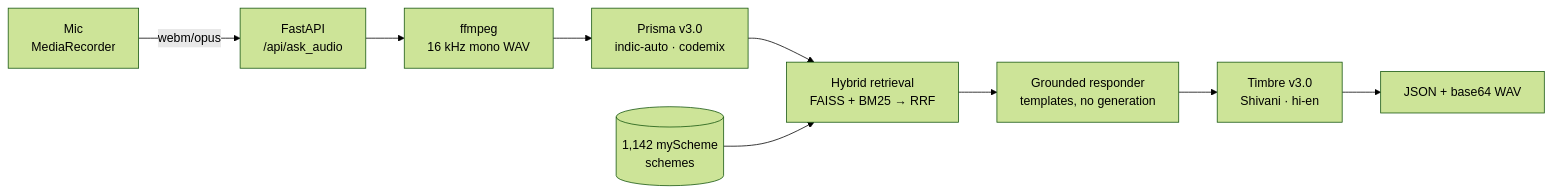
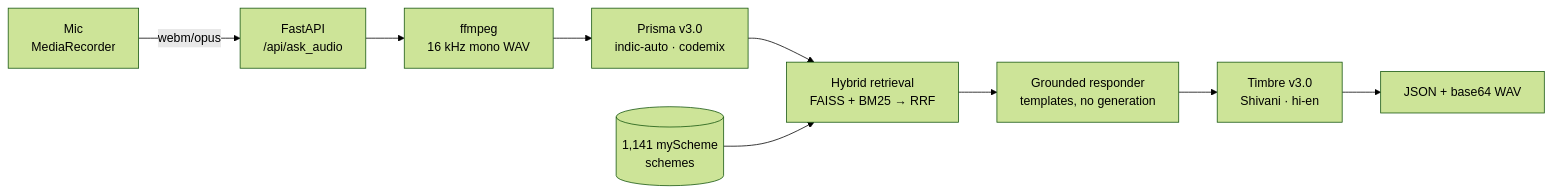
Before and after one commit to Arunkumar06-cmd/siddha: the diagram in README.md, drawn with Mermaid (forest theme). The commit also changed other lines of this file and 9 other files, not shown here.

````diff
--- a/README.md
+++ b/README.md
@@ -148,11 +148,11 @@
 ```mermaid
 flowchart LR
     A["Mic<br/>MediaRecorder"] -->|webm/opus| B["FastAPI<br/>/api/ask_audio"]
     B --> C["ffmpeg<br/>16 kHz mono WAV"]
     C --> D["Prisma v3.0<br/>indic-auto · codemix"]
     D --> E["Hybrid retrieval<br/>FAISS + BM25 → RRF"]
-    F[("1,142 myScheme<br/>schemes")] --> E
+    F[("1,141 myScheme<br/>schemes")] --> E
     E --> G["Grounded responder<br/>templates, no generation"]
     G --> H["Timbre v3.0<br/>Shivani · hi-en"]
     H --> I["JSON + base64 WAV"]
 ```
````
